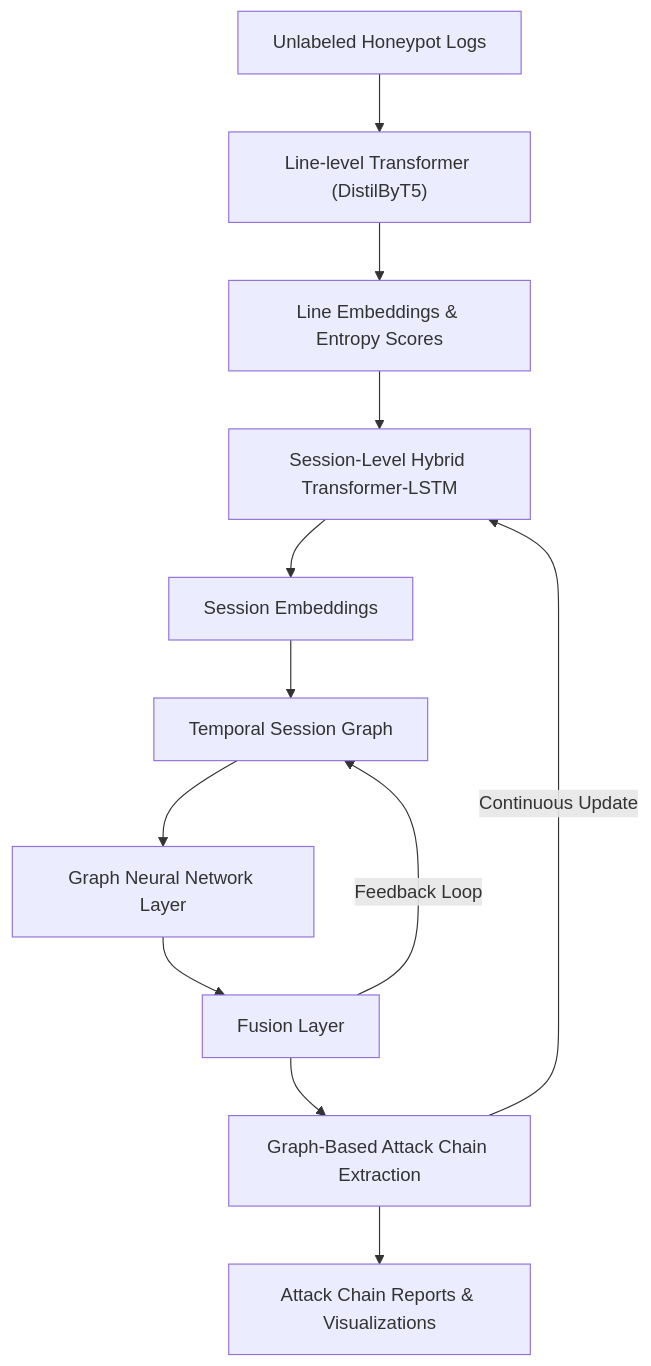
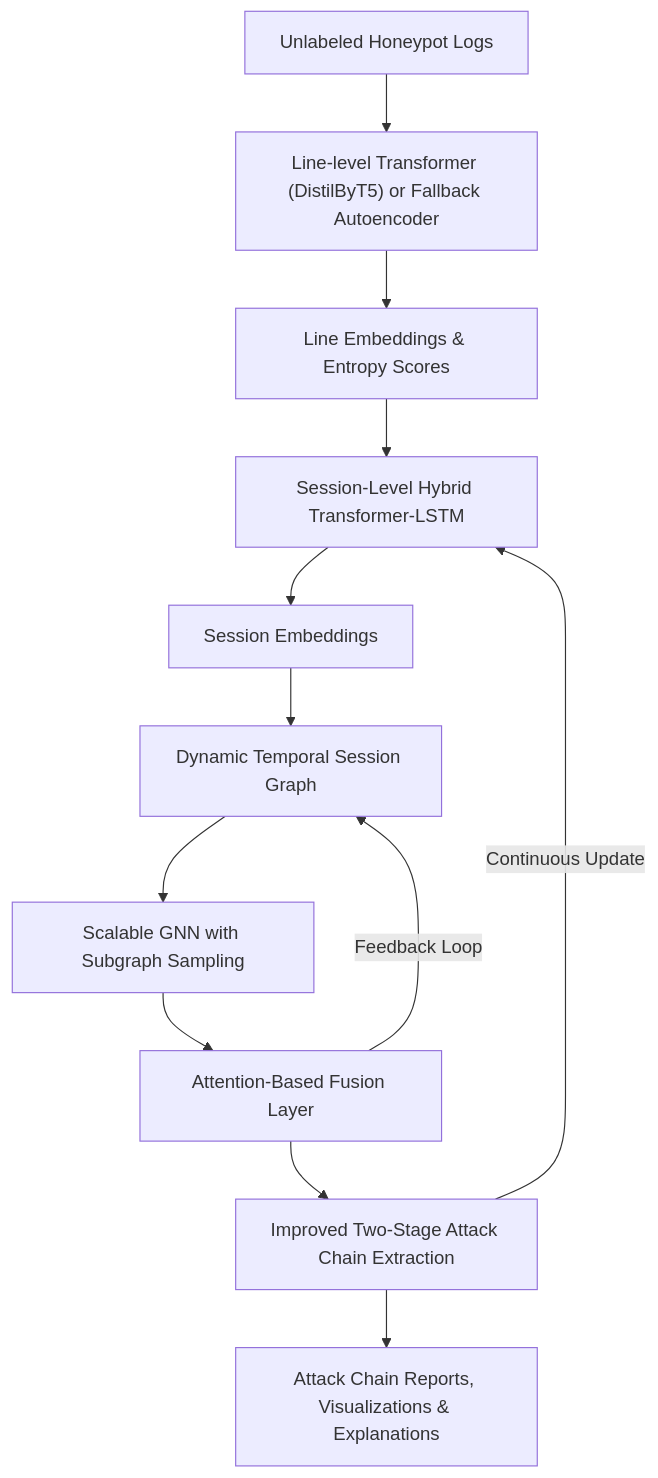
One commit to JohannesLks/Thesis changed the diagram in docs/documentation/approach2.md. Above: the diagram before and after it, drawn with Mermaid. The commit also changed other lines of this file, not shown here.

````diff
--- a/docs/documentation/approach2.md
+++ b/docs/documentation/approach2.md
@@ -30,14 +36,14 @@
-```mermaid
-graph TD
-  Input["Unlabeled Honeypot Logs"] --> LineTransformer["Line-level Transformer (DistilByT5)"]
-  LineTransformer --> LineEmbeddings["Line Embeddings & Entropy Scores"]
-  LineEmbeddings --> SessionModel["Session-Level Hybrid Transformer-LSTM"]
-  SessionModel --> SessionEmbeddings["Session Embeddings"]
-  SessionEmbeddings --> TemporalGraph["Temporal Session Graph"]
-  TemporalGraph --> GNN["Graph Neural Network Layer"]
-  GNN --> Fusion["Fusion Layer"]
-  Fusion --> AttackChains["Graph-Based Attack Chain Extraction"]
-  AttackChains --> Output["Attack Chain Reports & Visualizations"]
-  Fusion -->|Feedback Loop| TemporalGraph
-  AttackChains -->|Continuous Update| SessionModel
-```
+```mermaid  
+graph TD  
+  Input["Unlabeled Honeypot Logs"] --> LineTransformer["Line-level Transformer (DistilByT5) or Fallback Autoencoder"]  
+  LineTransformer --> LineEmbeddings["Line Embeddings & Entropy Scores"]  
+  LineEmbeddings --> SessionModel["Session-Level Hybrid Transformer-LSTM"]  
+  SessionModel --> SessionEmbeddings["Session Embeddings"]  
+  SessionEmbeddings --> TemporalGraph["Dynamic Temporal Session Graph"]  
+  TemporalGraph --> GNN["Scalable GNN with Subgraph Sampling"]  
+  GNN --> Fusion["Attention-Based Fusion Layer"]  
+  Fusion --> AttackChains["Improved Two-Stage Attack Chain Extraction"]  
+  AttackChains --> Output["Attack Chain Reports, Visualizations & Explanations"]  
+  Fusion -->|Feedback Loop| TemporalGraph  
+  AttackChains -->|Continuous Update| SessionModel  
+```  
````
